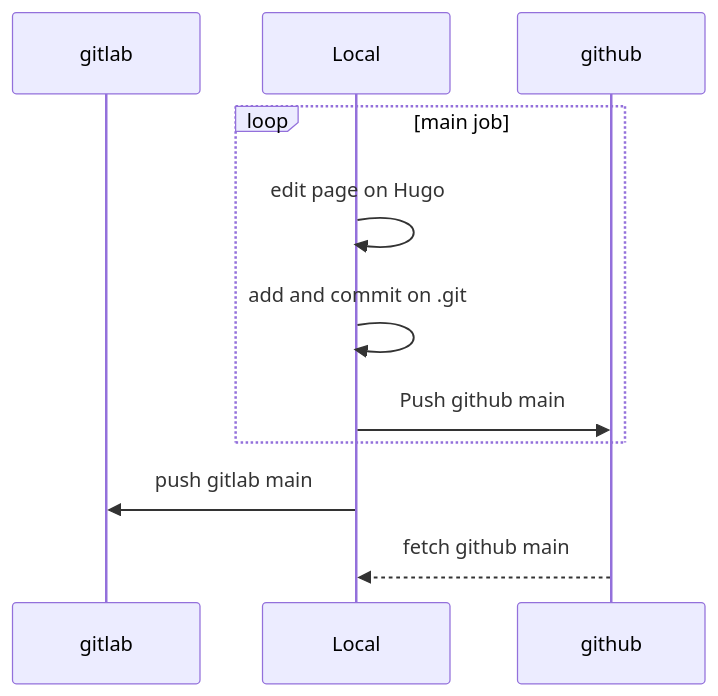
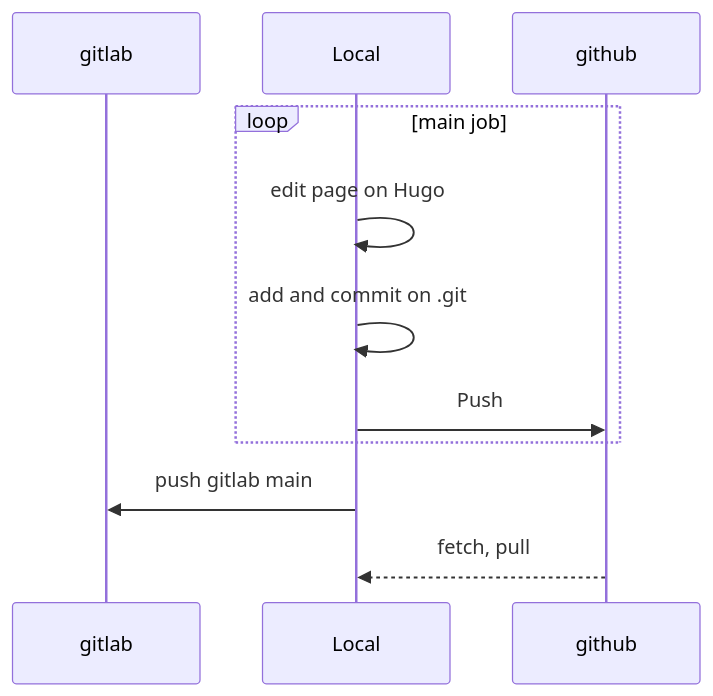
One commit to smjune/smjune.github.io changed the fifth of 5 diagrams in readme.md. Above: the diagram before and after it, drawn with Mermaid. The commit also changed 1 other file, not shown here.

Commit message:
update 0211

````diff
--- a/readme.md
+++ b/readme.md
@@ -65,15 +65,15 @@
 ```mermaid
 sequenceDiagram
     participant gitlab
     participant Local 
     participant github
     links gitlab: {"pages": "https://smjune.gitlab.io/"}
     links github: {"Pages": "https:/smjjune.github.io/"}
     loop main job
         Local->>Local: edit page on Hugo
         Local->>Local: add and commit on .git
-        Local->>github: Push github main
+        Local->>github: Push 
     end
     Local->>gitlab: push gitlab main
-    github-->>Local: fetch github main
+    github-->>Local: fetch, pull
 ```
````
